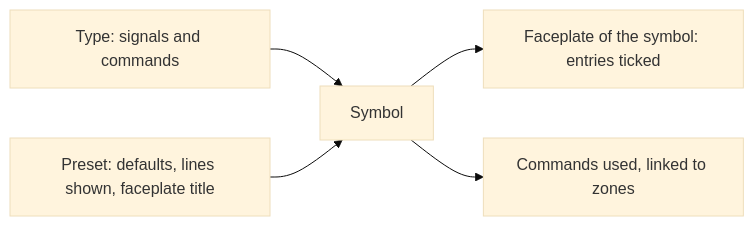
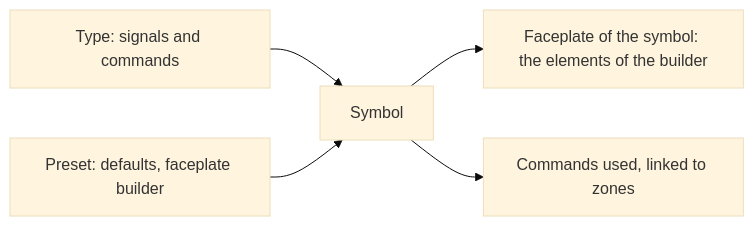
One commit to AlexandreGallais/synoptic-studio-spec changed the diagram in symbols/02-type-and-faceplate.md. Above: the diagram before and after it, drawn with Mermaid (base theme). The commit also changed other lines of this file and 7 other files, not shown here.

First line of the commit message:
docs(presets): make the faceplate builder elements only

````diff
--- a/symbols/02-type-and-faceplate.md
+++ b/symbols/02-type-and-faceplate.md
@@ -18,7 +18,7 @@
 ```mermaid
 flowchart LR
     TY["Type: signals and commands"] --> SY["Symbol"]
-    PR["Preset: defaults, lines shown, faceplate title"] --> SY
-    SY --> FP["Faceplate of the symbol: entries ticked"]
+    PR["Preset: defaults, faceplate builder"] --> SY
+    SY --> FP["Faceplate of the symbol: the elements of the builder"]
     SY --> CM["Commands used, linked to zones"]
 ```
````
